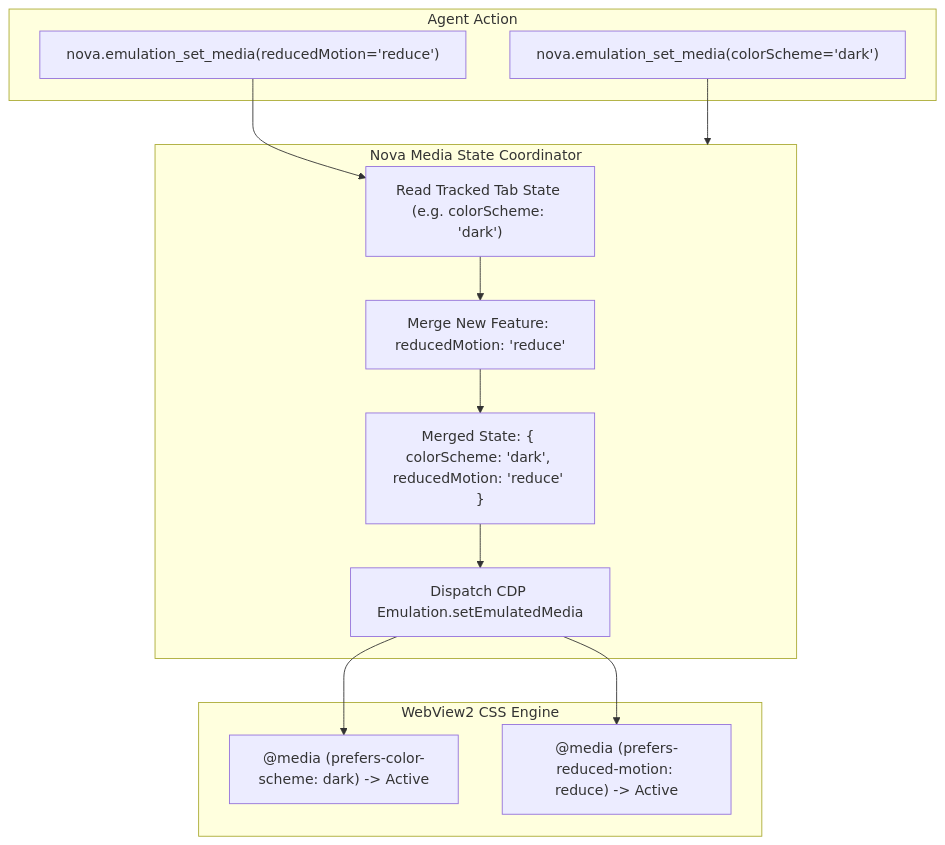
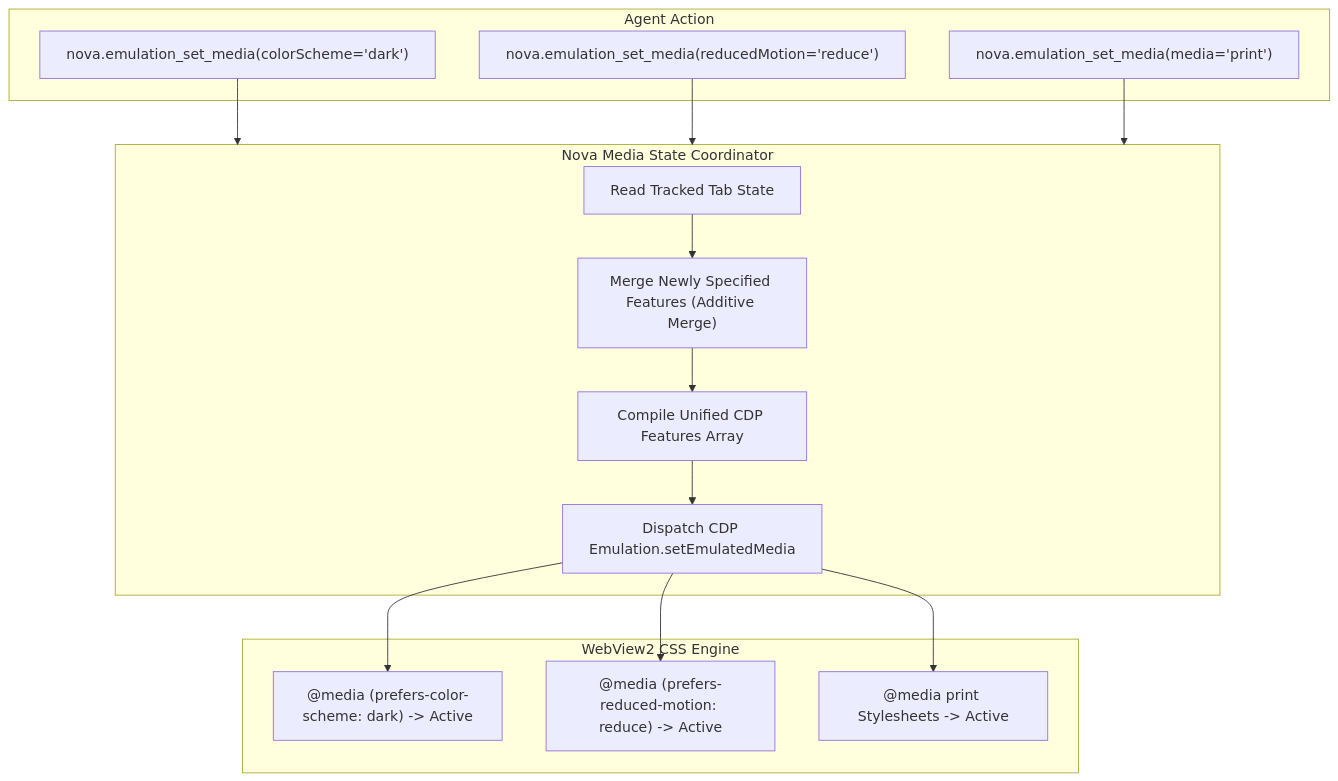
One commit to joelaniol/nova changed the diagram in docs/core-features/device-emulation/media-features-and-themes/README.md. Above: the diagram before and after it, drawn with Mermaid. The commit also changed other lines of this file and 128 other files, not shown here.

Commit message:
docs: Make-A-Wish New Tab tile (not sponsored), favorites_add pinToNewTab, alpha.21 changelog, modularized core-features guides

````diff
--- a/docs/core-features/device-emulation/media-features-and-themes/README.md
+++ b/docs/core-features/device-emulation/media-features-and-themes/README.md
@@ -19,24 +33,27 @@
 ```mermaid
 flowchart TD
     subgraph AgentCall["Agent Action"]
         A1["nova.emulation_set_media(colorScheme='dark')"]
         A2["nova.emulation_set_media(reducedMotion='reduce')"]
+        A3["nova.emulation_set_media(media='print')"]
     end
 
     subgraph NovaCoordinator["Nova Media State Coordinator"]
-        M1["Read Tracked Tab State (e.g. colorScheme: 'dark')"]
-        M2["Merge New Feature: reducedMotion: 'reduce'"]
-        M3["Merged State: { colorScheme: 'dark', reducedMotion: 'reduce' }"]
+        M1["Read Tracked Tab State"]
+        M2["Merge Newly Specified Features (Additive Merge)"]
+        M3["Compile Unified CDP Features Array"]
         M4["Dispatch CDP Emulation.setEmulatedMedia"]
     end
 
     subgraph Renderer["WebView2 CSS Engine"]
         R1["@media (prefers-color-scheme: dark) -> Active"]
         R2["@media (prefers-reduced-motion: reduce) -> Active"]
+        R3["@media print Stylesheets -> Active"]
     end
 
     A1 --> NovaCoordinator
-    A2 --> M1
+    A2 --> NovaCoordinator
+    A3 --> NovaCoordinator
     M1 --> M2 --> M3 --> M4
-    M4 --> R1 & R2
+    M4 --> R1 & R2 & R3
 ```
````
